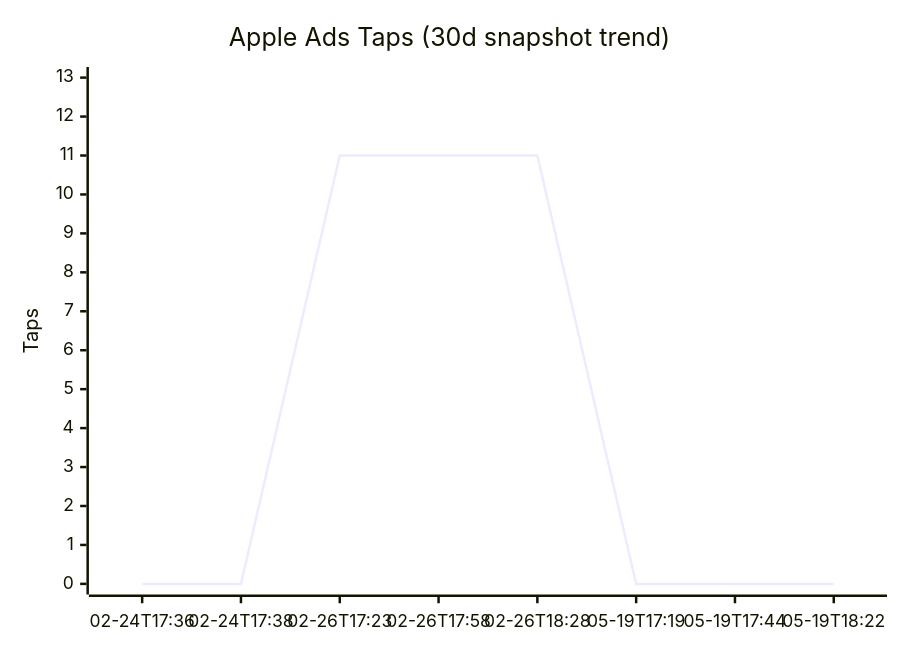
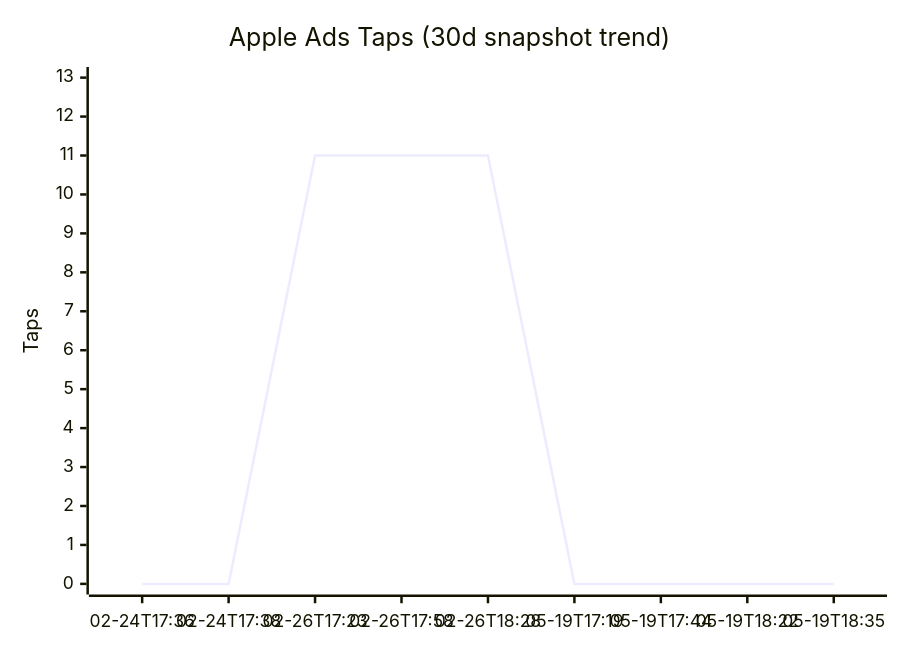
One commit to IgorGanapolsky/Random-Timer changed the third of 4 diagrams in wiki/Paid-Acquisition.md. Above: the diagram before and after it, drawn with Mermaid. The commit also changed other lines of this file and 9 other files, not shown here.

````diff
--- a/wiki/Paid-Acquisition.md
+++ b/wiki/Paid-Acquisition.md
@@ -58,7 +58,7 @@
 ```mermaid
 xychart-beta
     title "Apple Ads Taps (30d snapshot trend)"
-    x-axis ["02-24T17:36" , "02-24T17:38" , "02-26T17:23" , "02-26T17:58" , "02-26T18:28" , "05-19T17:19" , "05-19T17:44" , "05-19T18:22"]
+    x-axis ["02-24T17:36" , "02-24T17:38" , "02-26T17:23" , "02-26T17:58" , "02-26T18:28" , "05-19T17:19" , "05-19T17:44" , "05-19T18:22" , "05-19T18:35"]
     y-axis "Taps" 0 --> 13
-    line [0 , 0 , 11 , 11 , 11 , 0 , 0 , 0]
+    line [0 , 0 , 11 , 11 , 11 , 0 , 0 , 0 , 0]
 ```
````
